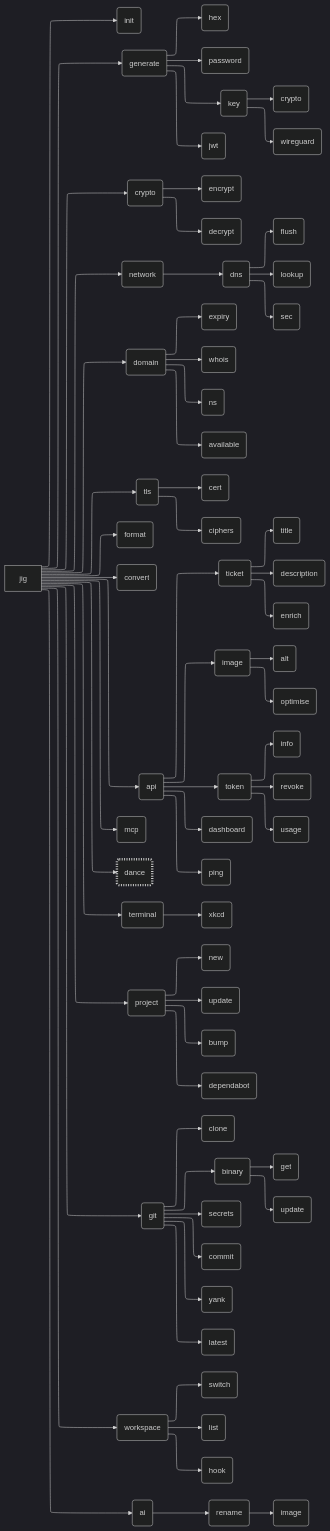
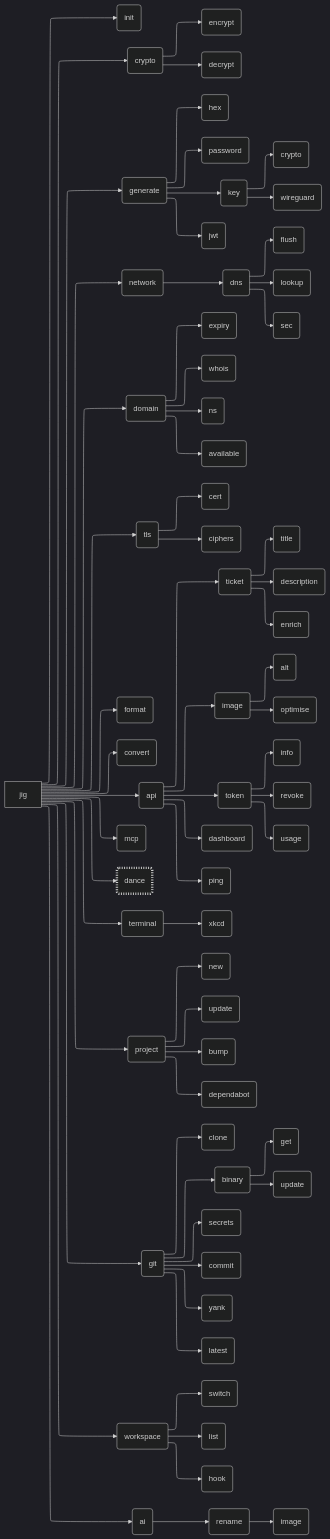
The diagram in README.md (daveio/jig), drawn with Mermaid before and after one commit. The commit also changed other lines of this file, not shown here.

````diff
--- a/README.md
+++ b/README.md
@@ -11,75 +11,75 @@
 ```mermaid
 ---
 config:
   theme: dark
   layout: elk
 ---
 graph LR
   jig[jig] --> init(init)
+  jig --> crypto(crypto)
+    crypto --> cryptoEncrypt(encrypt)
+    crypto --> cryptoDecrypt(decrypt)
   jig --> generate(generate)
     generate --> generateHex(hex)
     generate --> generatePassword(password)
     generate --> generateKey(key)
       generateKey --> generateKeyCrypto(crypto)
       generateKey --> generateKeyWireguard(wireguard)
     generate --> generateJwt(jwt)
-  jig --> crypto(crypto)
-    crypto --> cryptoEncrypt(encrypt)
-    crypto --> cryptoDecrypt(decrypt)
   jig --> network(network)
     network --> networkDns(dns)
       networkDns --> networkDnsFlush(flush)
       networkDns --> networkDnsLookup(lookup)
       networkDns --> networkDnsSec(sec)
   jig --> domain(domain)
     domain --> domainExpiry(expiry)
     domain --> domainWhois(whois)
     domain --> domainNs(ns)
     domain --> domainAvailable(available)
   jig --> tls(tls)
     tls --> tlsCert(cert)
     tls --> tlsCiphers(ciphers)
   jig --> format(format)
   jig --> convert(convert)
   jig --> api(api)
     api --> apiTicket(ticket)
       apiTicket --> apiTicketTitle(title)
       apiTicket --> apiTicketDescription(description)
       apiTicket --> apiTicketEnrich(enrich)
     api --> apiImage(image)
       apiImage --> apiImageAlt(alt)
       apiImage --> apiImageOptimise(optimise)
     api --> apiToken(token)
       apiToken --> apiTokenInfo(info)
       apiToken --> apiTokenRevoke(revoke)
       apiToken --> apiTokenUsage(usage)
     api --> apiDashboard(dashboard)
     api --> apiPing(ping)
   jig --> mcp(mcp)
   jig --> dance(dance)
   jig --> terminal(terminal)
     terminal --> terminalXKCD(xkcd)
   jig --> project(project)
     project --> projectNew(new)
     project --> projectUpdate(update)
     project --> projectBump(bump)
     project --> projectDependabot(dependabot)
   jig --> git(git)
     git --> gitClone(clone)
     git --> gitBinary(binary)
       gitBinary --> gitBinaryGet(get)
       gitBinary --> gitBinaryUpdate(update)
     git --> gitSecrets(secrets)
     git --> gitCommit(commit)
     git --> gitYank(yank)
     git --> gitLatest(latest)
   jig --> workspace(workspace)
     workspace --> workspaceSwitch(switch)
     workspace --> workspaceList(list)
     workspace --> workspaceHook(hook)
   jig --> ai(ai)
     ai --> aiRename(rename)
       aiRename --> aiRenameImage(image)
 
   style dance stroke-dasharray: 2 3,stroke-width: 5px
 ```
````
